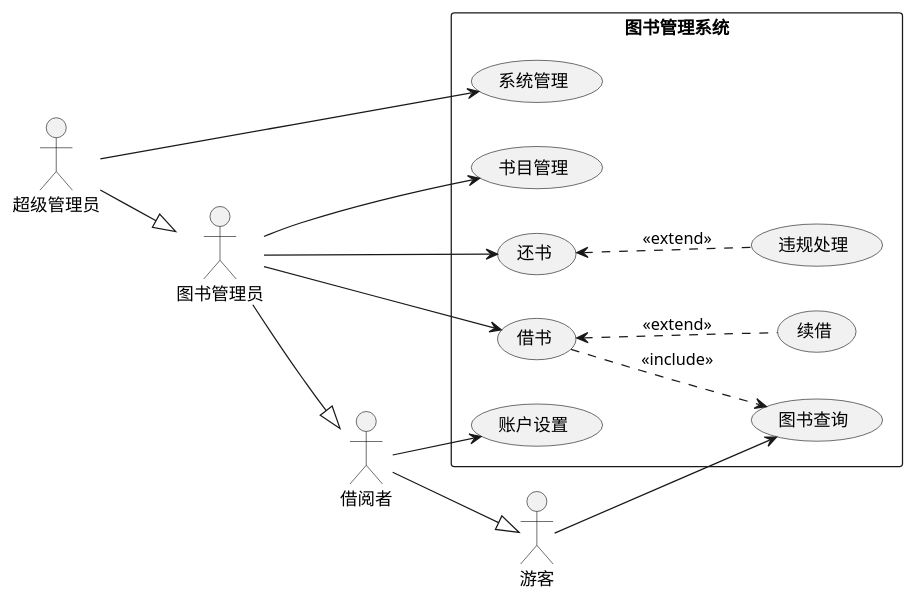
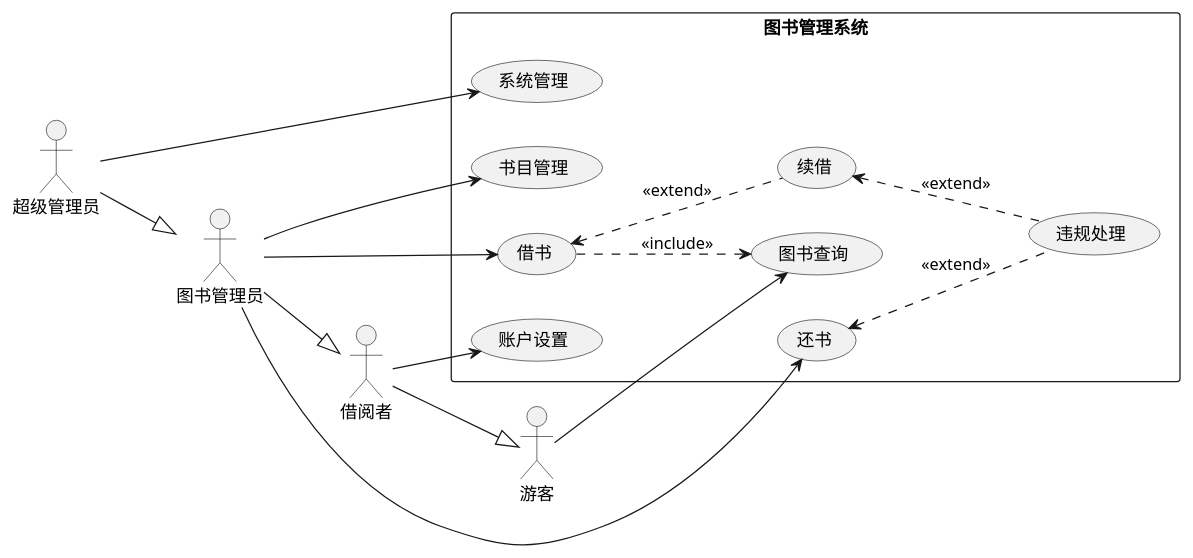
Before and after one commit to 201610414130/is_analysis-4: the diagram in test2/bookMange.pu, drawn with PlantUML. The commit also changed 2 other files, not shown here.

```diff
--- a/test2/bookMange.pu
+++ b/test2/bookMange.pu
@@ -1,41 +1,42 @@
 @startuml 图书管理系统用例图
 skinparam packageStyle rectangle
 
 :借阅者: as Borrower
 :游客: as Visitor
 :图书管理员: as Admin
 :超级管理员: as root
 
 rectangle 图书管理系统{
     (图书查询) as query
 
     (账户设置) as sett_  
 
     (借书) as bor_
     (续借) as renew
     (还书) as ret_
     (违规处理) as fine
     (书目管理) as bookI_
 
     root -right-> (系统管理)
 }
 ' 用例之间的关系
 bor_ ..> query:<<include>>
 ret_ <.. fine:<<extend>>
 bor_ <.. renew:<<extend>>
+renew <.. fine:<<extend>>
 
 ' 外部实体之间的关系
 
 Borrower --|> Visitor
 Admin --|> Borrower
 root --|> Admin
 ' 用例与参与的外部实体之间的关系
 Visitor --> query
 Borrower --> sett_
 
 Admin --> bor_
 Admin --> ret_
 Admin --> bookI_
 left to right direction
 
 @enduml
```
